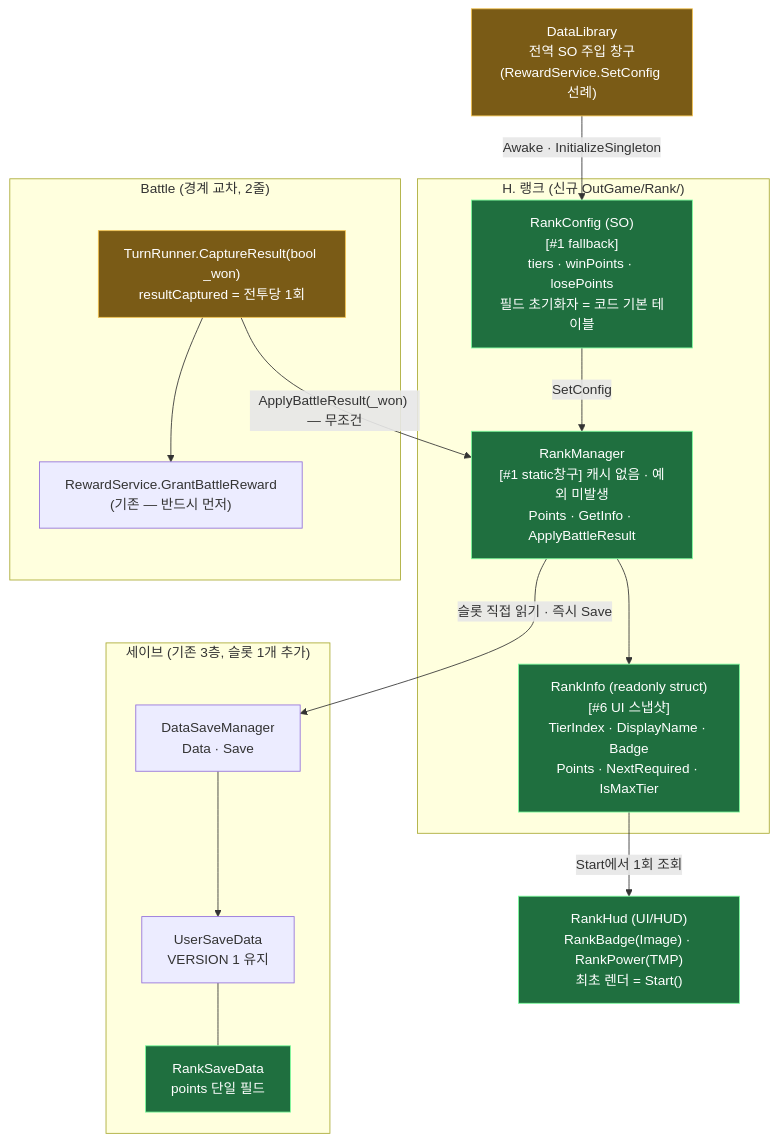
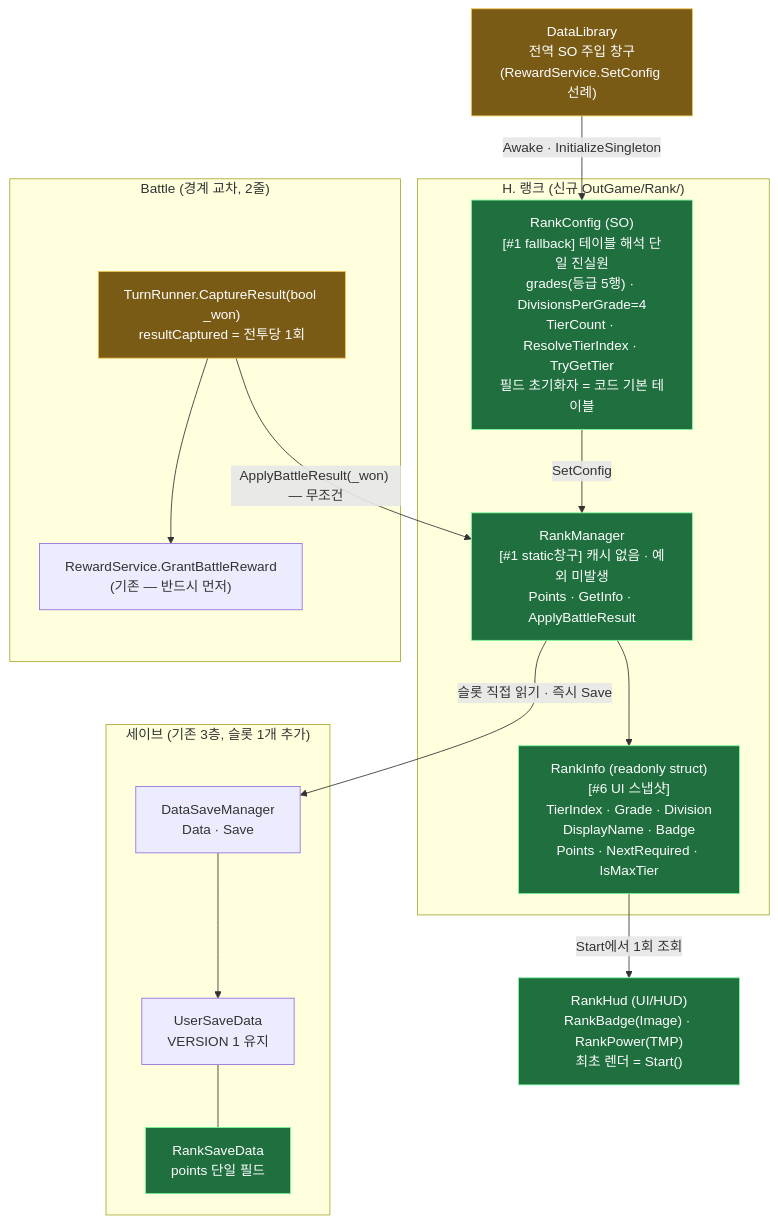
Before and after one commit to hspark-maker/TeamfightTCG_Migriation: diagram 16 of 18 in docs/OutGamePlan/STRUCTURE.md, drawn with Mermaid. The commit also changed other lines of this file and 10 other files, not shown here.

````diff
--- a/docs/OutGamePlan/STRUCTURE.md
+++ b/docs/OutGamePlan/STRUCTURE.md
@@ -825,35 +825,35 @@
 ```mermaid
 flowchart TD
     subgraph save["세이브 (기존 3층, 슬롯 1개 추가)"]
         DSM["DataSaveManager<br/>Data · Save"]
         USD["UserSaveData<br/>VERSION 1 유지"]
         RSD["RankSaveData<br/>points 단일 필드"]:::new
     end
 
     subgraph rank["H. 랭크 (신규 OutGame/Rank/)"]
-        CFG["RankConfig (SO)<br/>[#1 fallback]<br/>tiers · winPoints · losePoints<br/>필드 초기화자 = 코드 기본 테이블"]:::new
+        CFG["RankConfig (SO)<br/>[#1 fallback] 테이블 해석 단일 진실원<br/>grades(등급 5행) · DivisionsPerGrade=4<br/>TierCount · ResolveTierIndex · TryGetTier<br/>필드 초기화자 = 코드 기본 테이블"]:::new
         MGR["RankManager<br/>[#1 static창구] 캐시 없음 · 예외 미발생<br/>Points · GetInfo · ApplyBattleResult"]:::new
-        INFO["RankInfo (readonly struct)<br/>[#6 UI 스냅샷]<br/>TierIndex · DisplayName · Badge<br/>Points · NextRequired · IsMaxTier"]:::new
+        INFO["RankInfo (readonly struct)<br/>[#6 UI 스냅샷]<br/>TierIndex · Grade · Division<br/>DisplayName · Badge<br/>Points · NextRequired · IsMaxTier"]:::new
     end
 
     subgraph battle["Battle (경계 교차, 2줄)"]
         TR["TurnRunner.CaptureResult(bool _won)<br/>resultCaptured = 전투당 1회"]:::chg
         RS["RewardService.GrantBattleReward<br/>(기존 — 반드시 먼저)"]
     end
 
     DL["DataLibrary<br/>전역 SO 주입 창구<br/>(RewardService.SetConfig 선례)"]:::chg
     HUD["RankHud (UI/HUD)<br/>RankBadge(Image) · RankPower(TMP)<br/>최초 렌더 = Start()"]:::new
 
     DSM --> USD
     USD --- RSD
     MGR -->|"슬롯 직접 읽기 · 즉시 Save"| DSM
     CFG -->|SetConfig| MGR
     DL -->|"Awake · InitializeSingleton"| CFG
     TR --> RS
     TR -->|"ApplyBattleResult(_won) — 무조건"| MGR
     MGR --> INFO
     INFO -->|"Start에서 1회 조회"| HUD
 
     classDef new fill:#1f6f3f,stroke:#7CFC9E,color:#fff;
     classDef chg fill:#7a5b16,stroke:#f2c14e,color:#fff;
 ```
````
